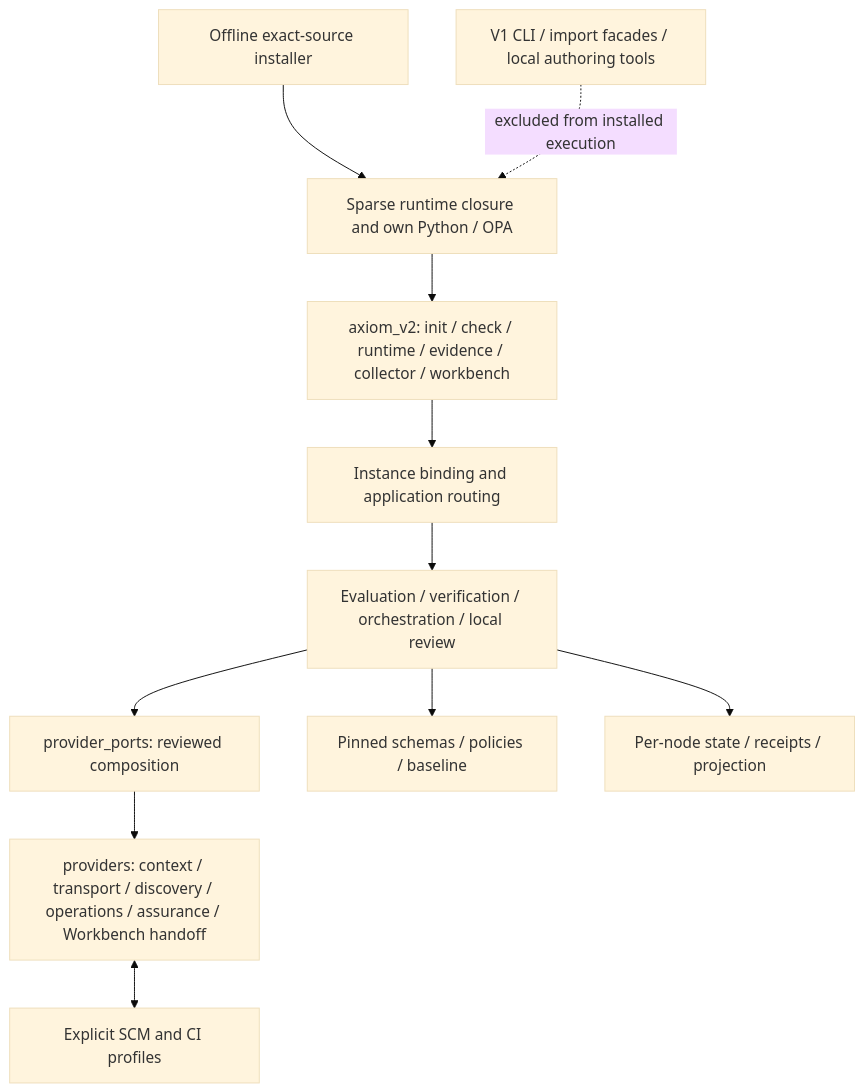
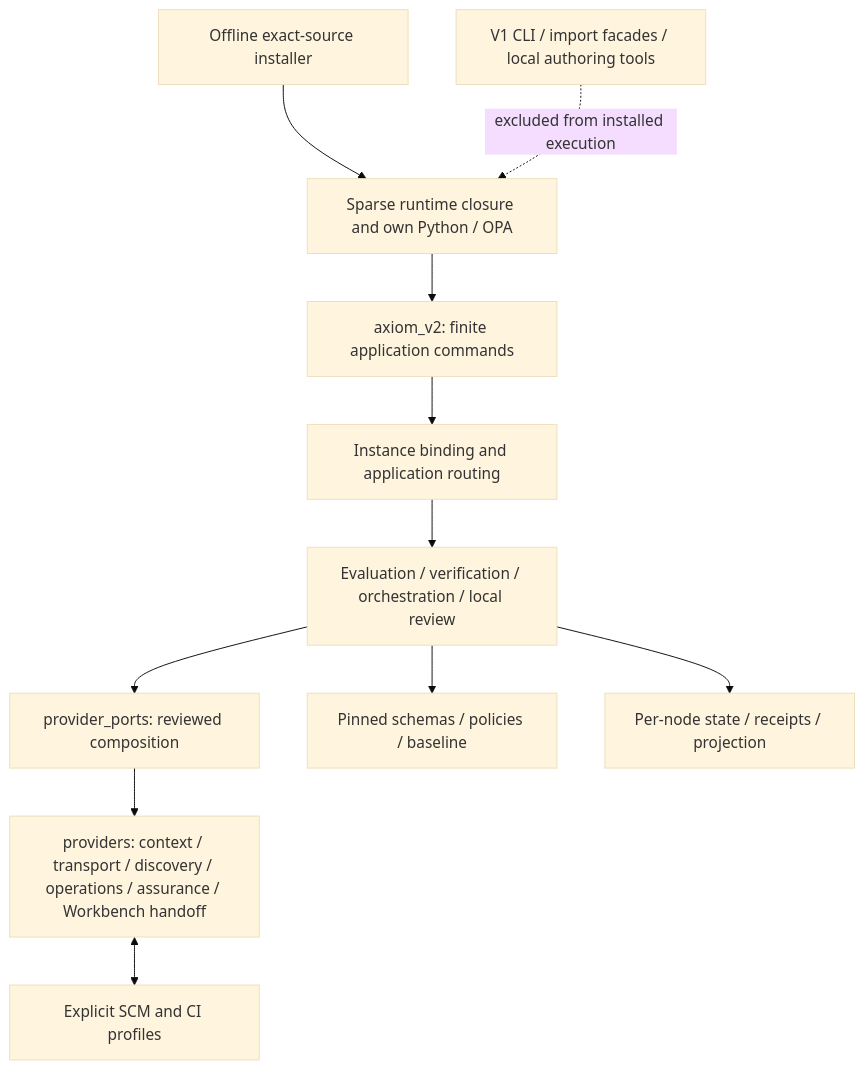
The second of 4 diagrams in docs/governance/architecture/governance-as-code-system-architecture.md (joku-dev/devsecops-governance-framework), drawn with Mermaid (base theme) before and after one commit. The commit also changed other lines of this file and 21 other files, not shown here.

````diff
--- a/docs/governance/architecture/governance-as-code-system-architecture.md
+++ b/docs/governance/architecture/governance-as-code-system-architecture.md
@@ -267,13 +269,13 @@
 ```mermaid
 flowchart TB
-    Entry["axiom_v2: init / check / runtime / evidence / collector / workbench"] --> App["Instance binding and application routing"]
+    Entry["axiom_v2: finite application commands"] --> App["Instance binding and application routing"]
     App --> Core["Evaluation / verification / orchestration / local review"]
     Core --> Ports["provider_ports: reviewed composition"]
     Ports --> Native["providers: context / transport / discovery / operations / assurance / Workbench handoff"]
     Native <--> Remote["Explicit SCM and CI profiles"]
     Core --> Data["Pinned schemas / policies / baseline"]
     Core --> Private["Per-node state / receipts / projection"]
     Install["Offline exact-source installer"] --> Closure["Sparse runtime closure and own Python / OPA"]
     Closure --> Entry
     Old["V1 CLI / import facades / local authoring tools"] -. "excluded from installed execution" .-> Closure
 ```
````
